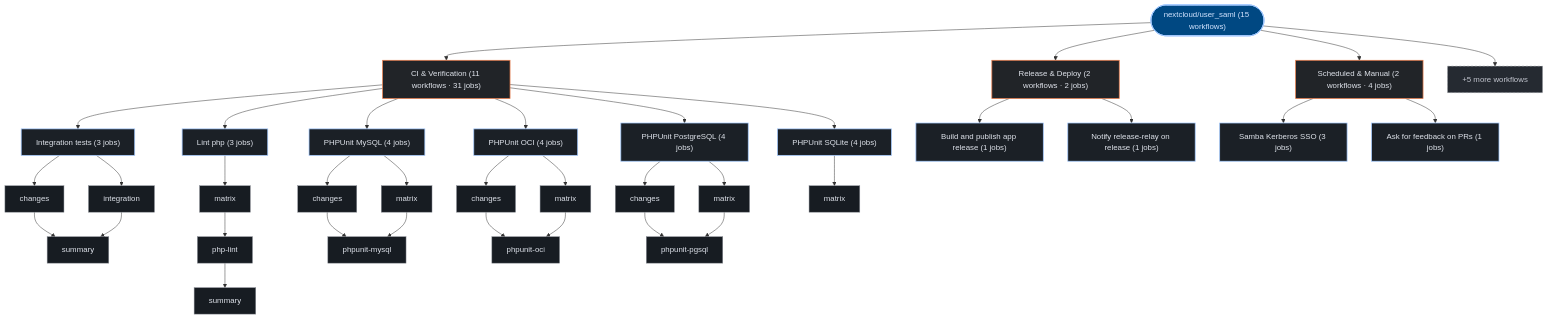
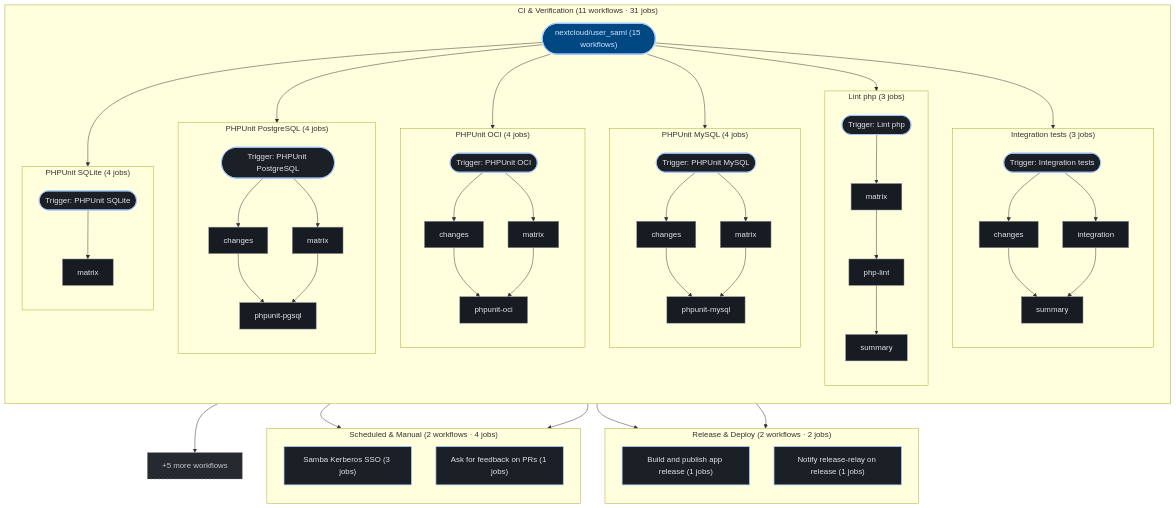
The second of 2 diagrams in exports/latest/reports/nextcloud-user_saml-report.md (kumarshaz/atruss-code-atlas), drawn with Mermaid before and after one commit. The commit also changed 181 other files, not shown here.

````diff
--- a/exports/latest/reports/nextcloud-user_saml-report.md
+++ b/exports/latest/reports/nextcloud-user_saml-report.md
@@ -222,68 +222,89 @@
   classDef atlasAlert fill:#93000a,stroke:#ffb4ab,stroke-width:1.5px,color:#ffdad6
   classDef atlasMore fill:#252a31,stroke:#8d9199,stroke-dasharray:4 4,color:#c3c6cf
   pipeline_root(["nextcloud/user_saml (15 workflows)"]):::atlasRoot
-  grp_0_CI___Verification["CI & Verification (11 workflows · 31 jobs)"]:::atlasCategory
-  pipeline_root --> grp_0_CI___Verification
-  wf_2_Integration_tests["Integration tests (3 jobs)"]:::atlasWorkflow
-  grp_0_CI___Verification --> wf_2_Integration_tests
-  job_2_changes["changes"]:::atlasJob
-  job_2_integration["integration"]:::atlasJob
-  job_2_summary["summary"]:::atlasJob
-  wf_2_Integration_tests --> job_2_changes
-  wf_2_Integration_tests --> job_2_integration
-  job_2_changes --> job_2_summary
-  job_2_integration --> job_2_summary
-  wf_5_Lint_php["Lint php (3 jobs)"]:::atlasWorkflow
-  grp_0_CI___Verification --> wf_5_Lint_php
-  job_5_matrix["matrix"]:::atlasJob
-  job_5_php_lint["php-lint"]:::atlasJob
-  job_5_summary["summary"]:::atlasJob
-  wf_5_Lint_php --> job_5_matrix
-  job_5_matrix --> job_5_php_lint
-  job_5_php_lint --> job_5_summary
-  wf_7_PHPUnit_MySQL["PHPUnit MySQL (4 jobs)"]:::atlasWorkflow
-  grp_0_CI___Verification --> wf_7_PHPUnit_MySQL
-  job_7_matrix["matrix"]:::atlasJob
-  job_7_changes["changes"]:::atlasJob
-  job_7_phpunit_mysql["phpunit-mysql"]:::atlasJob
-  wf_7_PHPUnit_MySQL --> job_7_matrix
-  wf_7_PHPUnit_MySQL --> job_7_changes
-  job_7_changes --> job_7_phpunit_mysql
-  job_7_matrix --> job_7_phpunit_mysql
-  wf_8_PHPUnit_OCI["PHPUnit OCI (4 jobs)"]:::atlasWorkflow
-  grp_0_CI___Verification --> wf_8_PHPUnit_OCI
-  job_8_matrix["matrix"]:::atlasJob
-  job_8_changes["changes"]:::atlasJob
-  job_8_phpunit_oci["phpunit-oci"]:::atlasJob
-  wf_8_PHPUnit_OCI --> job_8_matrix
-  wf_8_PHPUnit_OCI --> job_8_changes
-  job_8_changes --> job_8_phpunit_oci
-  job_8_matrix --> job_8_phpunit_oci
-  wf_9_PHPUnit_PostgreSQL["PHPUnit PostgreSQL (4 jobs)"]:::atlasWorkflow
-  grp_0_CI___Verification --> wf_9_PHPUnit_PostgreSQL
-  job_9_matrix["matrix"]:::atlasJob
-  job_9_changes["changes"]:::atlasJob
-  job_9_phpunit_pgsql["phpunit-pgsql"]:::atlasJob
-  wf_9_PHPUnit_PostgreSQL --> job_9_matrix
-  wf_9_PHPUnit_PostgreSQL --> job_9_changes
-  job_9_changes --> job_9_phpunit_pgsql
-  job_9_matrix --> job_9_phpunit_pgsql
-  wf_10_PHPUnit_SQLite["PHPUnit SQLite (4 jobs)"]:::atlasWorkflow
-  grp_0_CI___Verification --> wf_10_PHPUnit_SQLite
-  job_10_matrix["matrix"]:::atlasJob
-  wf_10_PHPUnit_SQLite --> job_10_matrix
-  grp_1_Release___Deploy["Release & Deploy (2 workflows · 2 jobs)"]:::atlasCategory
-  pipeline_root --> grp_1_Release___Deploy
-  wf_0_Build_and_publish_app_release["Build and publish app release (1 jobs)"]:::atlasWorkflow
-  grp_1_Release___Deploy --> wf_0_Build_and_publish_app_release
-  wf_13_Notify_release_relay_on_release["Notify release-relay on release (1 jobs)"]:::atlasWorkflow
-  grp_1_Release___Deploy --> wf_13_Notify_release_relay_on_release
-  grp_2_Scheduled___Manual["Scheduled & Manual (2 workflows · 4 jobs)"]:::atlasCategory
-  pipeline_root --> grp_2_Scheduled___Manual
-  wf_1_Samba_Kerberos_SSO["Samba Kerberos SSO (3 jobs)"]:::atlasWorkflow
-  grp_2_Scheduled___Manual --> wf_1_Samba_Kerberos_SSO
-  wf_11_Ask_for_feedback_on_PRs["Ask for feedback on PRs (1 jobs)"]:::atlasWorkflow
-  grp_2_Scheduled___Manual --> wf_11_Ask_for_feedback_on_PRs
+  subgraph sg_grp_0_CI___Verification["CI & Verification (11 workflows · 31 jobs)"]
+    direction TB
+    subgraph sg_wf_2_Integration_tests["Integration tests (3 jobs)"]
+      direction TB
+      wf_2_Integration_tests(["Trigger: Integration tests"]):::atlasWorkflow
+      job_2_changes["changes"]:::atlasJob
+      job_2_integration["integration"]:::atlasJob
+      job_2_summary["summary"]:::atlasJob
+      wf_2_Integration_tests --> job_2_changes
+      wf_2_Integration_tests --> job_2_integration
+      job_2_changes --> job_2_summary
+      job_2_integration --> job_2_summary
+    end
+    pipeline_root --> wf_2_Integration_tests
+    subgraph sg_wf_5_Lint_php["Lint php (3 jobs)"]
+      direction TB
+      wf_5_Lint_php(["Trigger: Lint php"]):::atlasWorkflow
+      job_5_matrix["matrix"]:::atlasJob
+      job_5_php_lint["php-lint"]:::atlasJob
+      job_5_summary["summary"]:::atlasJob
+      wf_5_Lint_php --> job_5_matrix
+      job_5_matrix --> job_5_php_lint
+      job_5_php_lint --> job_5_summary
+    end
+    pipeline_root --> wf_5_Lint_php
+    subgraph sg_wf_7_PHPUnit_MySQL["PHPUnit MySQL (4 jobs)"]
+      direction TB
+      wf_7_PHPUnit_MySQL(["Trigger: PHPUnit MySQL"]):::atlasWorkflow
+      job_7_matrix["matrix"]:::atlasJob
+      job_7_changes["changes"]:::atlasJob
+      job_7_phpunit_mysql["phpunit-mysql"]:::atlasJob
+      wf_7_PHPUnit_MySQL --> job_7_matrix
+      wf_7_PHPUnit_MySQL --> job_7_changes
+      job_7_changes --> job_7_phpunit_mysql
+      job_7_matrix --> job_7_phpunit_mysql
+    end
+    pipeline_root --> wf_7_PHPUnit_MySQL
+    subgraph sg_wf_8_PHPUnit_OCI["PHPUnit OCI (4 jobs)"]
+      direction TB
+      wf_8_PHPUnit_OCI(["Trigger: PHPUnit OCI"]):::atlasWorkflow
+      job_8_matrix["matrix"]:::atlasJob
+      job_8_changes["changes"]:::atlasJob
+      job_8_phpunit_oci["phpunit-oci"]:::atlasJob
+      wf_8_PHPUnit_OCI --> job_8_matrix
+      wf_8_PHPUnit_OCI --> job_8_changes
+      job_8_changes --> job_8_phpunit_oci
+      job_8_matrix --> job_8_phpunit_oci
+    end
+    pipeline_root --> wf_8_PHPUnit_OCI
+    subgraph sg_wf_9_PHPUnit_PostgreSQL["PHPUnit PostgreSQL (4 jobs)"]
+      direction TB
+      wf_9_PHPUnit_PostgreSQL(["Trigger: PHPUnit PostgreSQL"]):::atlasWorkflow
+      job_9_matrix["matrix"]:::atlasJob
+      job_9_changes["changes"]:::atlasJob
+      job_9_phpunit_pgsql["phpunit-pgsql"]:::atlasJob
+      wf_9_PHPUnit_PostgreSQL --> job_9_matrix
+      wf_9_PHPUnit_PostgreSQL --> job_9_changes
+      job_9_changes --> job_9_phpunit_pgsql
+      job_9_matrix --> job_9_phpunit_pgsql
+    end
+    pipeline_root --> wf_9_PHPUnit_PostgreSQL
+    subgraph sg_wf_10_PHPUnit_SQLite["PHPUnit SQLite (4 jobs)"]
+      direction TB
+      wf_10_PHPUnit_SQLite(["Trigger: PHPUnit SQLite"]):::atlasWorkflow
+      job_10_matrix["matrix"]:::atlasJob
+      wf_10_PHPUnit_SQLite --> job_10_matrix
+    end
+    pipeline_root --> wf_10_PHPUnit_SQLite
+  end
+  subgraph sg_grp_1_Release___Deploy["Release & Deploy (2 workflows · 2 jobs)"]
+    direction TB
+    wf_0_Build_and_publish_app_release["Build and publish app release (1 jobs)"]:::atlasWorkflow
+    pipeline_root --> wf_0_Build_and_publish_app_release
+    wf_13_Notify_release_relay_on_release["Notify release-relay on release (1 jobs)"]:::atlasWorkflow
+    pipeline_root --> wf_13_Notify_release_relay_on_release
+  end
+  subgraph sg_grp_2_Scheduled___Manual["Scheduled & Manual (2 workflows · 4 jobs)"]
+    direction TB
+    wf_1_Samba_Kerberos_SSO["Samba Kerberos SSO (3 jobs)"]:::atlasWorkflow
+    pipeline_root --> wf_1_Samba_Kerberos_SSO
+    wf_11_Ask_for_feedback_on_PRs["Ask for feedback on PRs (1 jobs)"]:::atlasWorkflow
+    pipeline_root --> wf_11_Ask_for_feedback_on_PRs
+  end
   wf_more["+5 more workflows"]:::atlasMore
   pipeline_root --> wf_more
 ```
````
